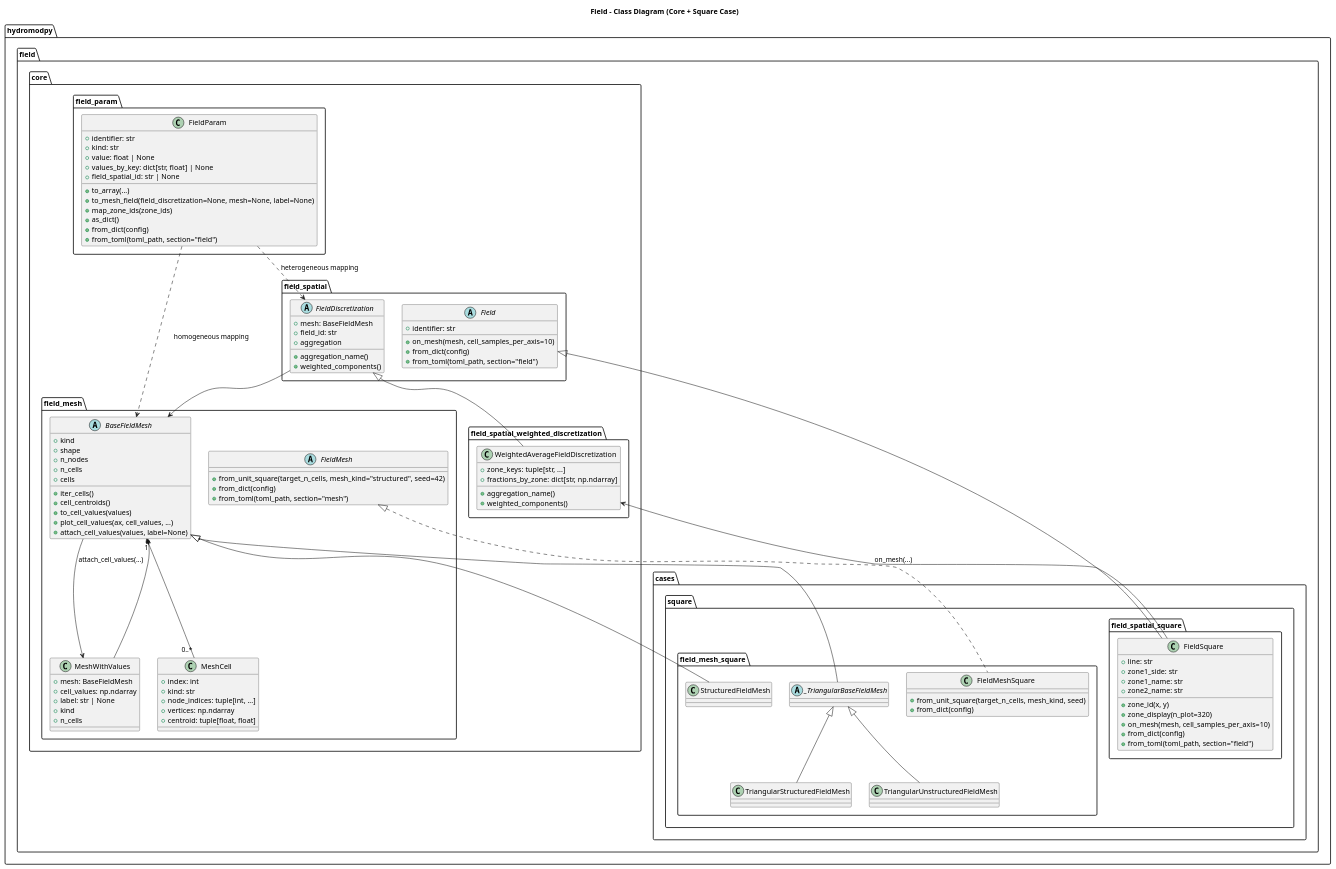
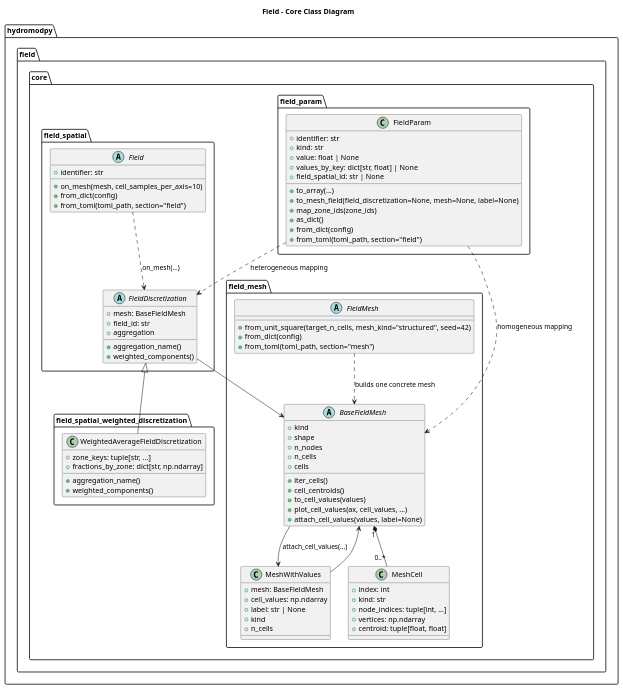
The diagram in docs/readthedocs/source/architecture/field/diagrams/field_classes.wsd (HydroModPy/HydroModPy), drawn with PlantUML before and after one commit. The commit also changed 88 other files, not shown here.

Commit message:
Add gmsh mesh workflows and mesh architecture docs

```diff
--- a/docs/readthedocs/source/architecture/field/diagrams/field_classes.wsd
+++ b/docs/readthedocs/source/architecture/field/diagrams/field_classes.wsd
@@ -1,126 +1,97 @@
 @startuml
-title Field - Class Diagram (Core + Square Case)
+title Field - Core Class Diagram
 
 package "hydromodpy.field.core.field_mesh" {
   class MeshCell {
     +index: int
     +kind: str
     +node_indices: tuple[int, ...]
     +vertices: np.ndarray
     +centroid: tuple[float, float]
   }
 
   class MeshWithValues {
     +mesh: BaseFieldMesh
     +cell_values: np.ndarray
     +label: str | None
     +kind
     +n_cells
   }
 
   abstract class BaseFieldMesh {
     +kind
     +shape
     +n_nodes
     +n_cells
     +cells
     +iter_cells()
     +cell_centroids()
     +to_cell_values(values)
     +plot_cell_values(ax, cell_values, ...)
     +attach_cell_values(values, label=None)
   }
 
   abstract class FieldMesh {
     +from_unit_square(target_n_cells, mesh_kind="structured", seed=42)
     +from_dict(config)
     +from_toml(toml_path, section="mesh")
   }
 }
 
 package "hydromodpy.field.core.field_spatial" {
   abstract class Field {
     +identifier: str
     +on_mesh(mesh, cell_samples_per_axis=10)
     +from_dict(config)
     +from_toml(toml_path, section="field")
   }
 
   abstract class FieldDiscretization {
     +mesh: BaseFieldMesh
     +field_id: str
     +aggregation_name()
     +aggregation
     +weighted_components()
   }
 }
 
 package "hydromodpy.field.core.field_spatial_weighted_discretization" {
   class WeightedAverageFieldDiscretization {
     +zone_keys: tuple[str, ...]
     +fractions_by_zone: dict[str, np.ndarray]
     +aggregation_name()
     +weighted_components()
   }
 }
 
 package "hydromodpy.field.core.field_param" {
   class FieldParam {
     +identifier: str
     +kind: str
     +value: float | None
     +values_by_key: dict[str, float] | None
     +field_spatial_id: str | None
     +to_array(...)
     +to_mesh_field(field_discretization=None, mesh=None, label=None)
     +map_zone_ids(zone_ids)
     +as_dict()
     +from_dict(config)
     +from_toml(toml_path, section="field")
   }
 }
 
-package "hydromodpy.field.cases.square.field_mesh_square" {
-  class FieldMeshSquare {
-    +from_unit_square(target_n_cells, mesh_kind, seed)
-    +from_dict(config)
-  }
-  class StructuredFieldMesh
-  abstract class _TriangularBaseFieldMesh
-  class TriangularStructuredFieldMesh
-  class TriangularUnstructuredFieldMesh
-}
-
-package "hydromodpy.field.cases.square.field_spatial_square" {
-  class FieldSquare {
-    +line: str
-    +zone1_side: str
-    +zone1_name: str
-    +zone2_name: str
-    +zone_id(x, y)
-    +zone_display(n_plot=320)
-    +on_mesh(mesh, cell_samples_per_axis=10)
-    +from_dict(config)
-    +from_toml(toml_path, section="field")
-  }
-}
-
 BaseFieldMesh "1" *-- "0..*" MeshCell
 MeshWithValues --> BaseFieldMesh
 BaseFieldMesh --> MeshWithValues : attach_cell_values(...)
 
-FieldMesh <|.. FieldMeshSquare
-BaseFieldMesh <|-- StructuredFieldMesh
-BaseFieldMesh <|-- _TriangularBaseFieldMesh
-_TriangularBaseFieldMesh <|-- TriangularStructuredFieldMesh
-_TriangularBaseFieldMesh <|-- TriangularUnstructuredFieldMesh
+FieldMesh ..> BaseFieldMesh : builds one concrete mesh
 
-Field <|-- FieldSquare
+FieldDiscretization --> BaseFieldMesh
 FieldDiscretization <|-- WeightedAverageFieldDiscretization
-FieldDiscretization --> BaseFieldMesh
-FieldSquare --> WeightedAverageFieldDiscretization : on_mesh(...)
+
+Field ..> FieldDiscretization : on_mesh(...)
 
 FieldParam ..> BaseFieldMesh : homogeneous mapping
 FieldParam ..> FieldDiscretization : heterogeneous mapping
 
 @enduml
```
